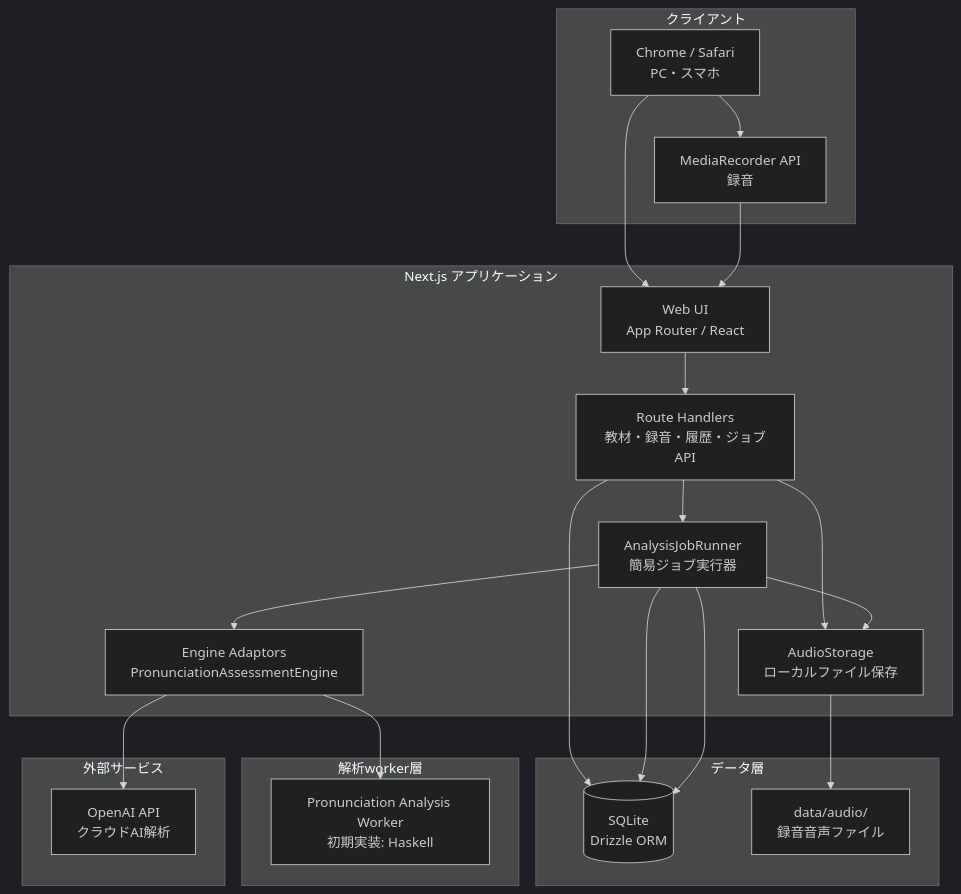
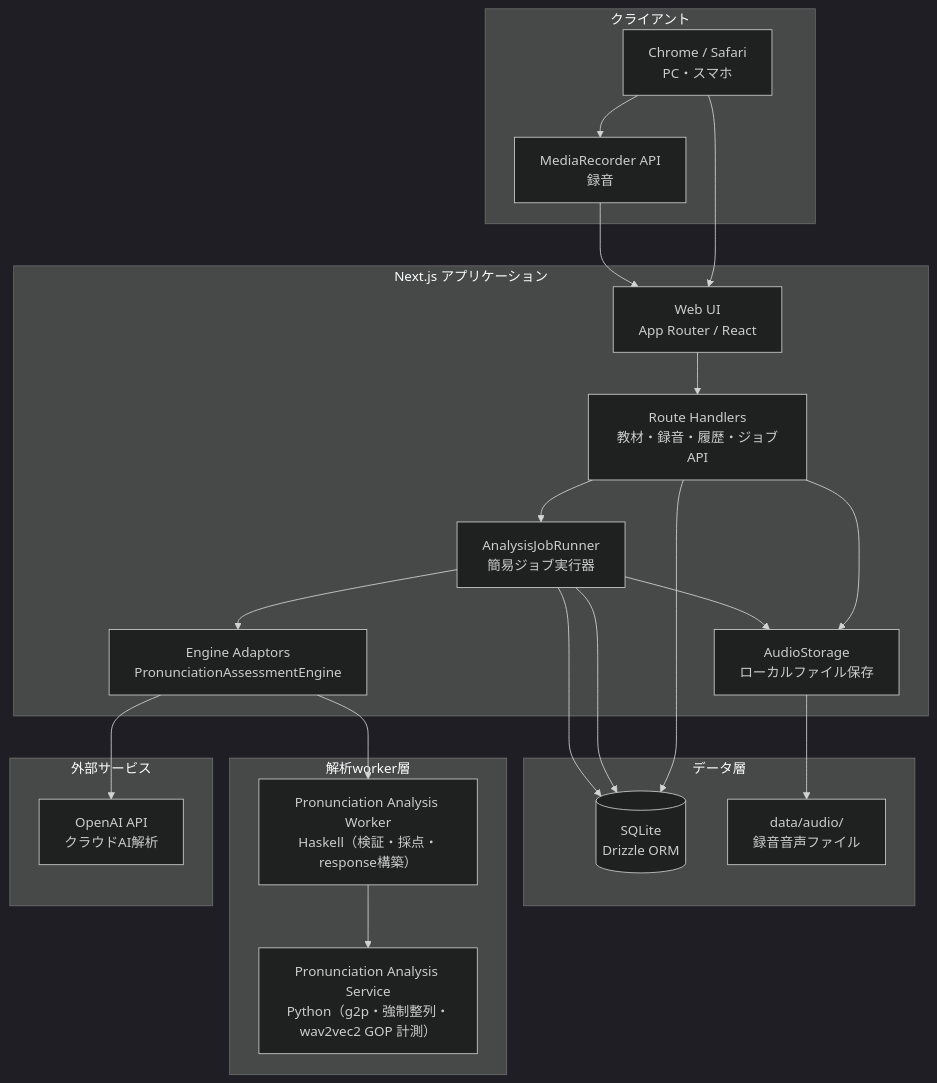
Before and after one commit to lihs-ie/native-trace: the first of 4 diagrams in docs/02-system-design/system-design.md, drawn with Mermaid (dark theme). The commit also changed other lines of this file and 6 other files, not shown here.

````diff
--- a/docs/02-system-design/system-design.md
+++ b/docs/02-system-design/system-design.md
@@ -46,43 +46,45 @@
 ```mermaid
 graph TB
     subgraph Client["クライアント"]
         Browser["Chrome / Safari<br>PC・スマホ"]
         MediaRecorder["MediaRecorder API<br>録音"]
     end
 
     subgraph NextApp["Next.js アプリケーション"]
         WebUI["Web UI<br>App Router / React"]
         RouteHandlers["Route Handlers<br>教材・録音・履歴・ジョブAPI"]
         JobRunner["AnalysisJobRunner<br>簡易ジョブ実行器"]
         EngineAdaptors["Engine Adaptors<br>PronunciationAssessmentEngine"]
         AudioStorage["AudioStorage<br>ローカルファイル保存"]
     end
 
     subgraph DataLayer["データ層"]
         SQLite[("SQLite<br>Drizzle ORM")]
         AudioFiles["data/audio/<br>録音音声ファイル"]
     end
 
     subgraph WorkerLayer["解析worker層"]
-        OssWorker["Pronunciation Analysis Worker<br>初期実装: Haskell"]
+        OssWorker["Pronunciation Analysis Worker<br>Haskell（検証・採点・response構築）"]
+        PyAnalyzer["Pronunciation Analysis Service<br>Python（g2p・強制整列・wav2vec2 GOP 計測）"]
     end
 
     subgraph ExternalServices["外部サービス"]
         OpenAI["OpenAI API<br>クラウドAI解析"]
     end
 
     Browser --> WebUI
     Browser --> MediaRecorder
     MediaRecorder --> WebUI
     WebUI --> RouteHandlers
     RouteHandlers --> SQLite
     RouteHandlers --> AudioStorage
     AudioStorage --> AudioFiles
     RouteHandlers --> JobRunner
     JobRunner --> SQLite
     JobRunner --> AudioStorage
     JobRunner --> EngineAdaptors
     EngineAdaptors --> OpenAI
     EngineAdaptors --> OssWorker
+    OssWorker --> PyAnalyzer
     JobRunner --> SQLite
 ```
````
